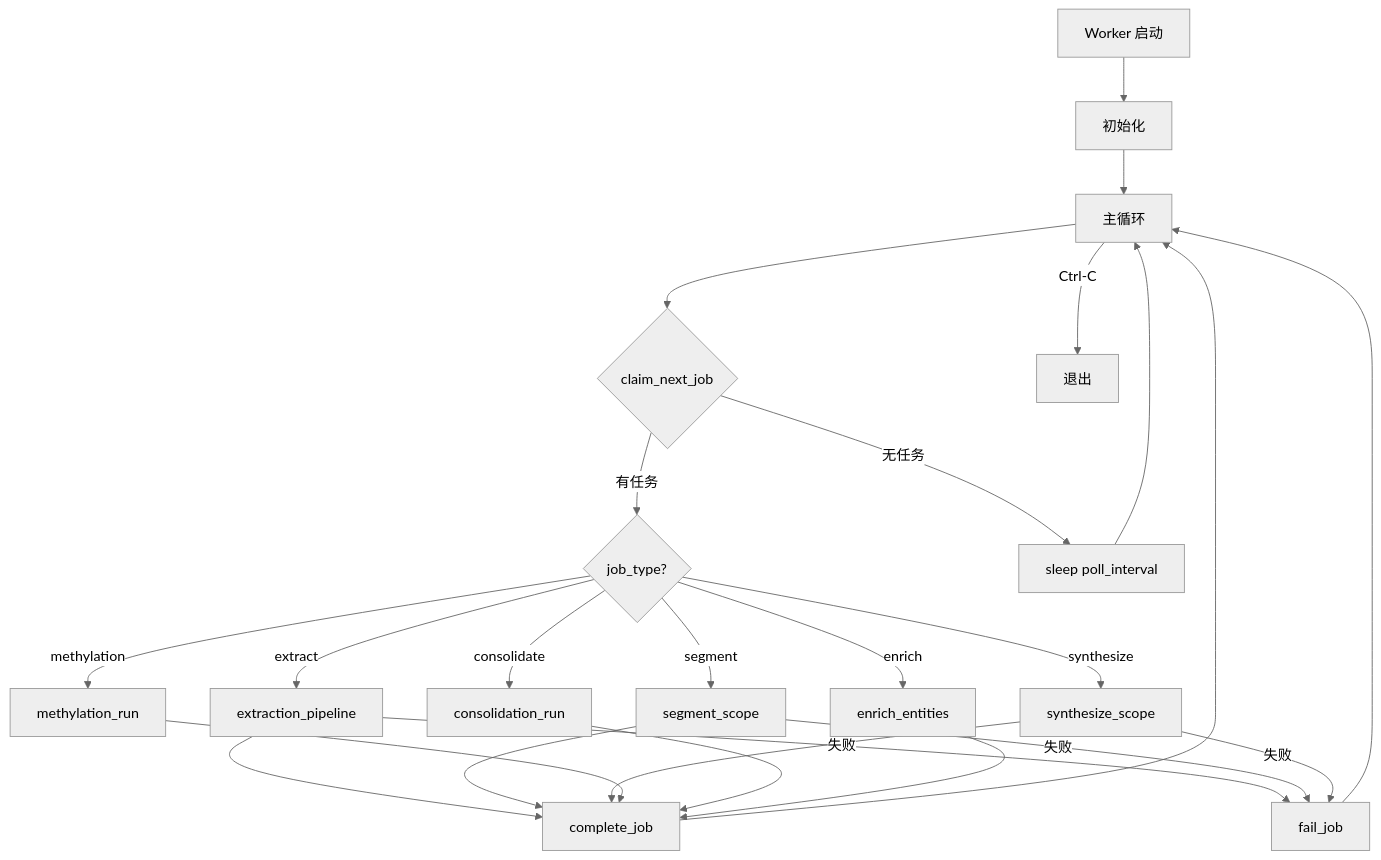
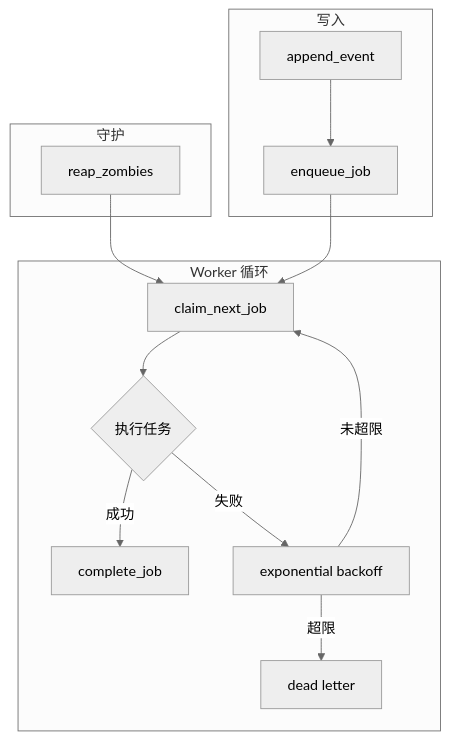
The diagram in source/chapters/10-worker-system.md (pty819/cortex-py-book), drawn with Mermaid (neutral theme) before and after one commit. The commit also changed other lines of this file and 18 other files, not shown here.

First line of the commit message:
docs: refresh book with latest cortex-py architecture

````diff
--- a/source/chapters/10-worker-system.md
+++ b/source/chapters/10-worker-system.md
@@ -124,33 +7,20 @@
 ```{mermaid}
-flowchart TD
-    A[Worker 启动] --> B[初始化]
-    B --> C[主循环]
+graph TB
+    subgraph 写入
+        A[append_event] --> B[enqueue_job]
+    end
     
-    C --> D{claim_next_job}
-    D -->|有任务| E{job_type?}
-    D -->|无任务| F[sleep poll_interval]
-    F --> C
+    subgraph Worker 循环
+        C[claim_next_job] --> D{执行任务}
+        D -->|成功| E[complete_job]
+        D -->|失败| F[exponential backoff]
+        F -->|未超限| C
+        F -->|超限| G[dead letter]
+    end
     
-    E -->|extract| G[extraction_pipeline]
-    E -->|segment| H[segment_scope]
-    E -->|synthesize| I[synthesize_scope]
-    E -->|methylation| J[methylation_run]
-    E -->|consolidate| K[consolidation_run]
-    E -->|enrich| L[enrich_entities]
+    subgraph 守护
+        H[reap_zombies] --> C
+    end
     
-    G --> M[complete_job]
-    H --> M
-    I --> M
-    J --> M
-    K --> M
-    L --> M
-    
-    G -->|失败| N[fail_job]
-    H -->|失败| N
-    I -->|失败| N
-    
-    M --> C
-    N --> C
-    
-    C -->|Ctrl-C| O[退出]
+    B --> C
 ```
````
